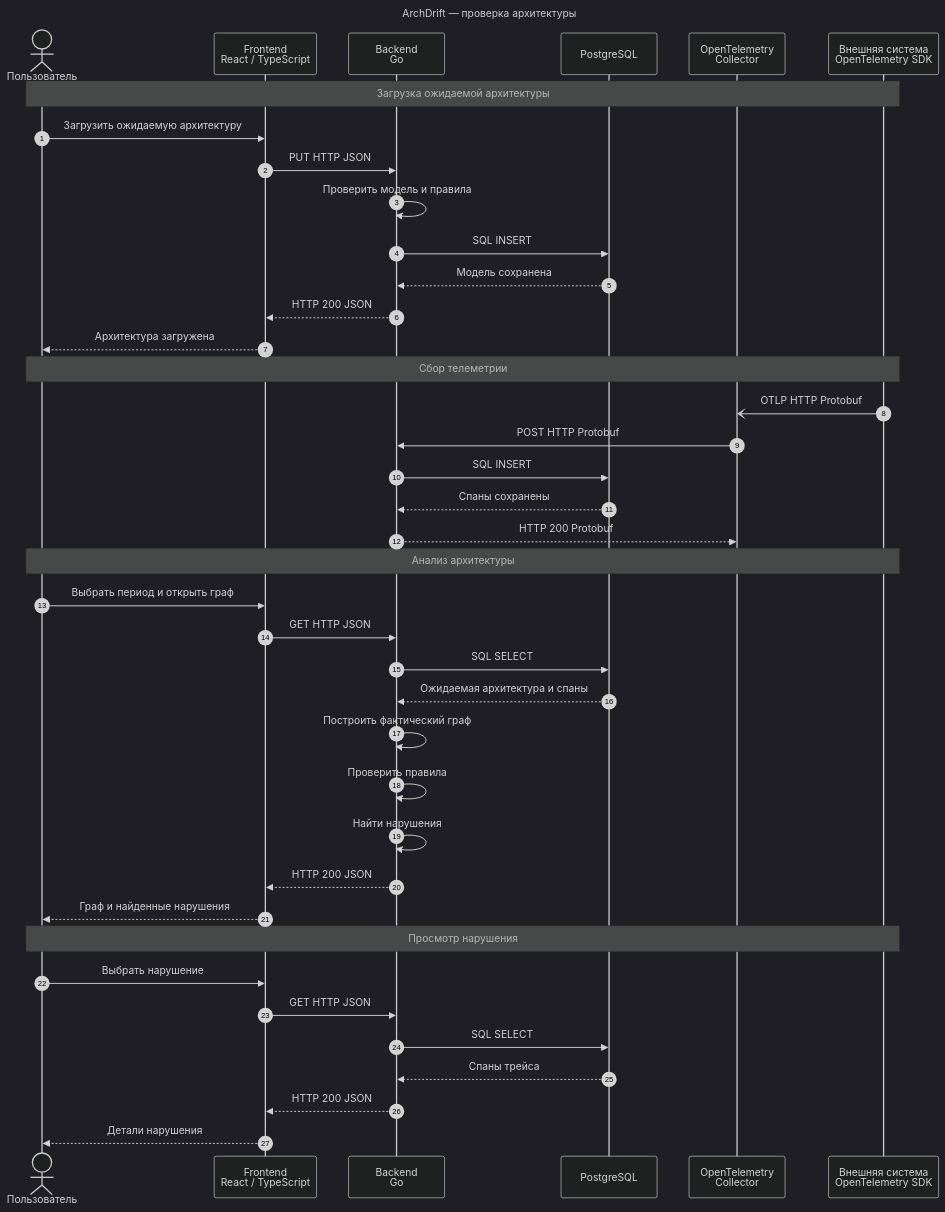
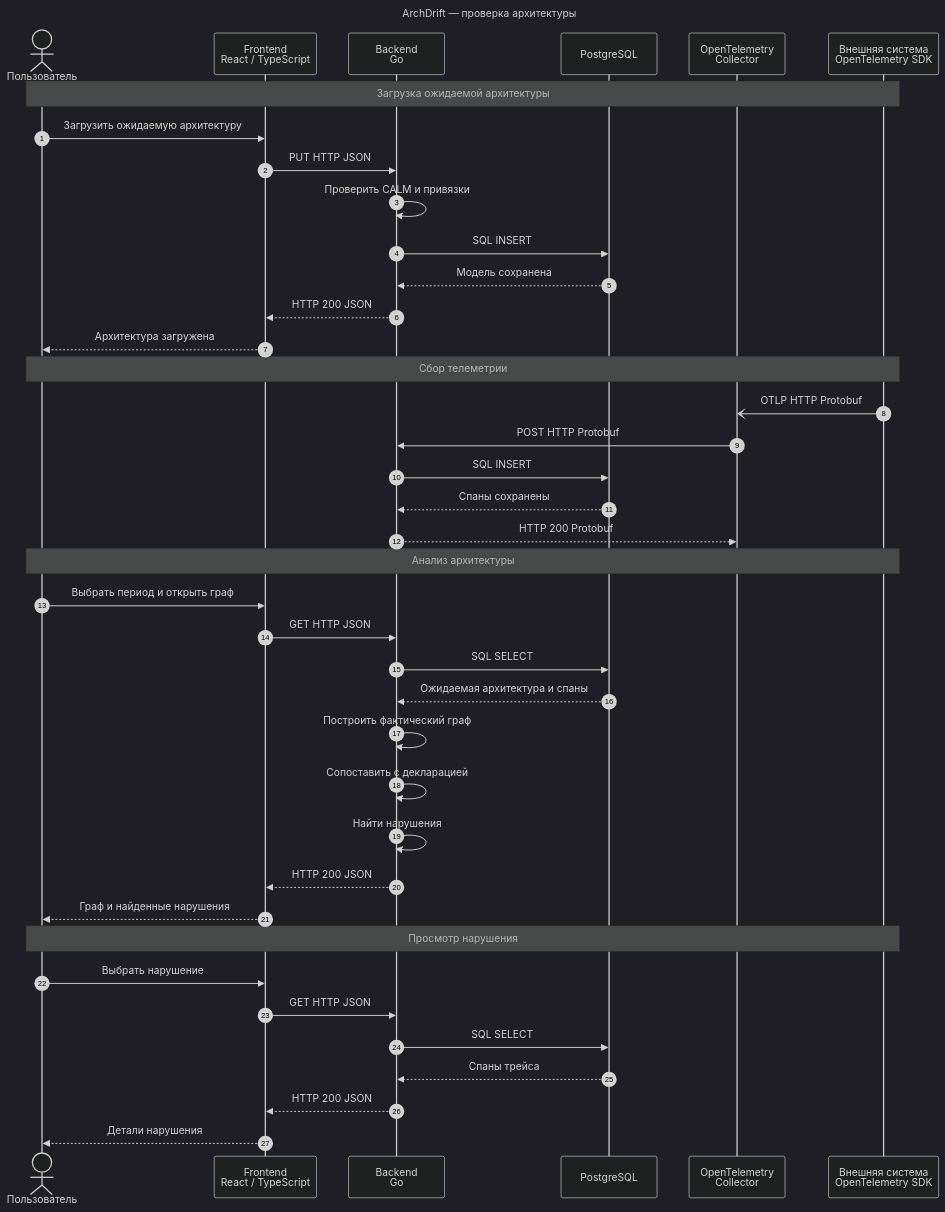
Before and after one commit to panchill/ArchDrift: the second of 2 diagrams in README.md, drawn with Mermaid (dark theme). The commit also changed other lines of this file and 3 other files, not shown here.

Commit message:
Update API contract for CALM architecture declarations

````diff
--- a/README.md
+++ b/README.md
@@ -25,47 +25,47 @@
 ```mermaid
 sequenceDiagram
     title ArchDrift — проверка архитектуры
     autonumber
  
     actor U as Пользователь
     participant FE as Frontend<br/>React / TypeScript
     participant BE as Backend<br/>Go
     participant DB as PostgreSQL
     participant COL as OpenTelemetry<br/>Collector
     participant EXT as Внешняя система<br/>OpenTelemetry SDK
  
     Note over U,EXT: Загрузка ожидаемой архитектуры
     U->>FE: Загрузить ожидаемую архитектуру
     FE->>BE: PUT HTTP JSON
-    BE->>BE: Проверить модель и правила
+    BE->>BE: Проверить CALM и привязки
     BE->>DB: SQL INSERT
     DB-->>BE: Модель сохранена
     BE-->>FE: HTTP 200 JSON
     FE-->>U: Архитектура загружена
  
     Note over U,EXT: Сбор телеметрии
     EXT-)COL: OTLP HTTP Protobuf
     COL->>BE: POST HTTP Protobuf
     BE->>DB: SQL INSERT
     DB-->>BE: Спаны сохранены
     BE-->>COL: HTTP 200 Protobuf
  
     Note over U,EXT: Анализ архитектуры
     U->>FE: Выбрать период и открыть граф
     FE->>BE: GET HTTP JSON
     BE->>DB: SQL SELECT
     DB-->>BE: Ожидаемая архитектура и спаны
     BE->>BE: Построить фактический граф
-    BE->>BE: Проверить правила
+    BE->>BE: Сопоставить с декларацией
     BE->>BE: Найти нарушения
     BE-->>FE: HTTP 200 JSON
     FE-->>U: Граф и найденные нарушения
  
     Note over U,EXT: Просмотр нарушения
     U->>FE: Выбрать нарушение
     FE->>BE: GET HTTP JSON
     BE->>DB: SQL SELECT
     DB-->>BE: Спаны трейса
     BE-->>FE: HTTP 200 JSON
     FE-->>U: Детали нарушения
 ```
````
